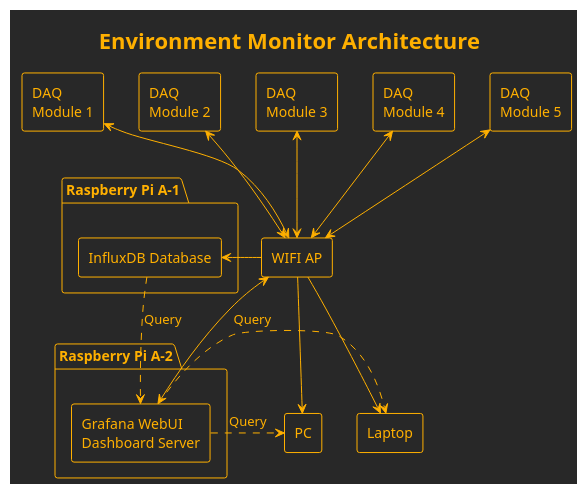
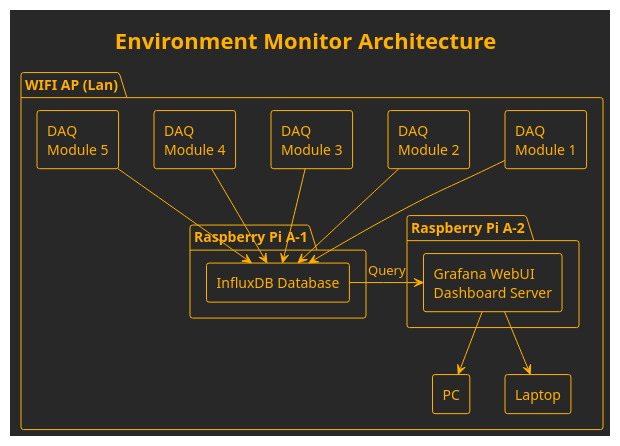
Before and after one commit to armcortex/portfolio: the diagram in portfolio/content/post/envi-monitor/images/graphviz/system_architecture/system_architecture.puml, drawn with PlantUML. The commit also changed other lines of this file and 3 other files, not shown here.

```diff
--- a/portfolio/content/post/envi-monitor/images/graphviz/system_architecture/system_architecture.puml
+++ b/portfolio/content/post/envi-monitor/images/graphviz/system_architecture/system_architecture.puml
@@ -1,53 +1,45 @@
 @startuml "environment_monitor_architecture"
 title Environment Monitor Architecture
 
 hide empty description
 !theme crt-amber
 
 skinparam componentStyle rectangle
 skinparam {
     wrapWidth 250
 }
 
-' component "DAQ Module 1" as dm1
-' component "InfluxDB Database" as id
+package "WIFI AP (Lan)" {
+    component "DAQ \nModule 1" as dm1
+    component "DAQ \nModule 2" as dm2
+    component "DAQ \nModule 3" as dm3
+    component "DAQ \nModule 4" as dm4
+    component "DAQ \nModule 5" as dm5
 
-component "DAQ \nModule 1" as dm1
-component "DAQ \nModule 2" as dm2
-component "DAQ \nModule 3" as dm3
-component "DAQ \nModule 4" as dm4
-component "DAQ \nModule 5" as dm5
+    package "Raspberry Pi A-1" as pi1 {
+        component "InfluxDB Database" as id
+    }
 
-component "WIFI AP" as wa
+    package "Raspberry Pi A-2" as pi2 {
+        component "Grafana WebUI \nDashboard Server" as gw
+    }
 
-package "Raspberry Pi A-1" as pi1 {
-    component "InfluxDB Database" as id
+    component "PC" as pc
+    component "Laptop" as l
+
+    ' DAQ
+    dm1 -down-> id
+    dm2 -down-> id
+    dm3 -down-> id
+    dm4 -down-> id
+    dm5 -down-> id
+
+    ' Server
+    id -right-> gw: Query
+
+    ' Display
+    gw -down-> pc
+    gw -down-> l
 }
 
-package "Raspberry Pi A-2" as pi2 {
-    component "Grafana WebUI \nDashboard Server" as gw
-}
-
-component "PC" as pc
-component "Laptop" as l
-
-' DAQ
-dm1 <-down-> wa
-dm2 <-down-> wa
-dm3 <-down-> wa
-dm4 <-down-> wa
-dm5 <-down-> wa
-
-' Server
-wa -right-> id
-wa <-right-> gw
-id .down.> gw: Query
-
-' Display
-wa -down-> pc
-wa -down-> l 
-
-gw .right-> pc: Query
-gw .right-> l: Query
-
 @enduml
```
